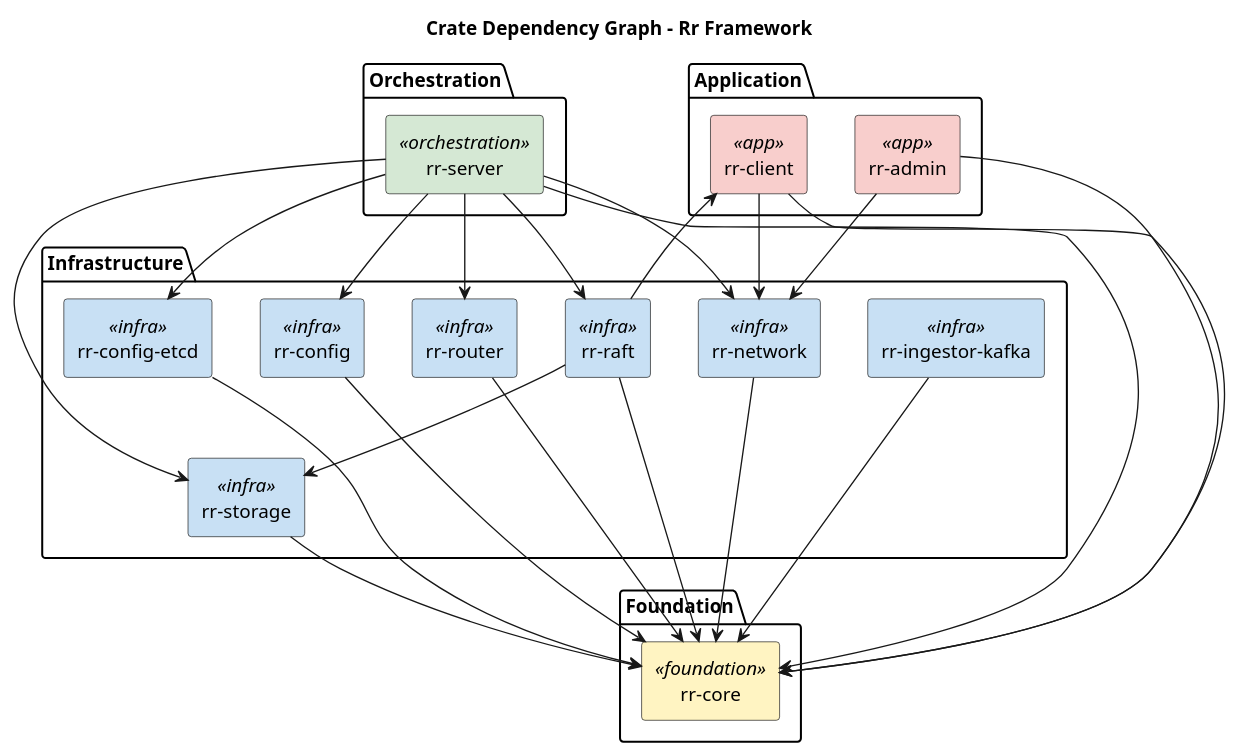
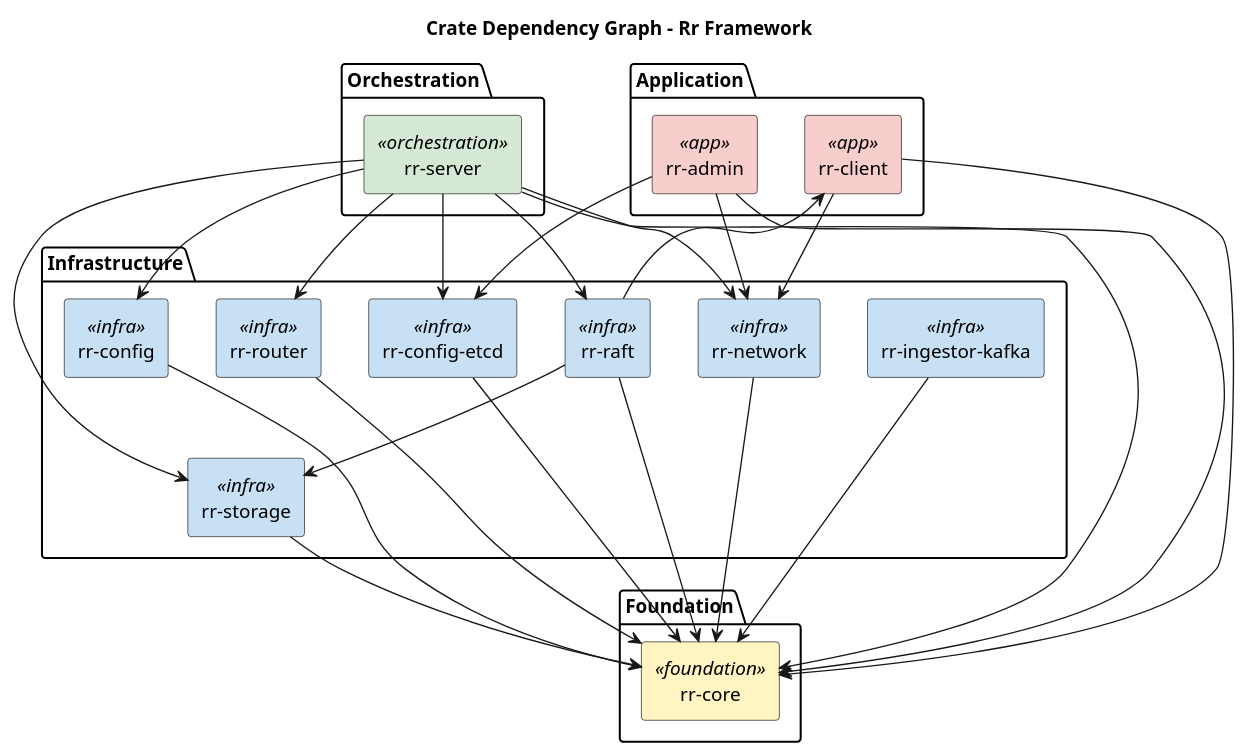
The diagram in docs/docs/architecture/crate-map.md (gardenias/rr), drawn with PlantUML before and after one commit. The commit also changed other lines of this file and 37 other files, not shown here.

Commit message:
docs: document cluster admin console architecture

````diff
--- a/docs/docs/architecture/crate-map.md
+++ b/docs/docs/architecture/crate-map.md
@@ -24,59 +24,60 @@
 ```plantuml
 @startuml
 title Crate Dependency Graph - Rr Framework
 
 skinparam componentStyle rectangle
 skinparam component {
   BackgroundColor<<foundation>> #FFF4C2
   BackgroundColor<<infra>> #C8E0F4
   BackgroundColor<<orchestration>> #D5E8D4
   BackgroundColor<<app>> #F8CECC
 }
 
 package "Foundation" {
   [rr-core] <<foundation>>
 }
 
 package "Infrastructure" {
   [rr-config] <<infra>>
   [rr-config-etcd] <<infra>>
   [rr-storage] <<infra>>
   [rr-raft] <<infra>>
   [rr-network] <<infra>>
   [rr-router] <<infra>>
   [rr-ingestor-kafka] <<infra>>
 }
 
 package "Orchestration" {
   [rr-server] <<orchestration>>
 }
 
 package "Application" {
   [rr-client] <<app>>
   [rr-admin] <<app>>
 }
 
 [rr-config] --> [rr-core]
 [rr-config-etcd] --> [rr-core]
 [rr-storage] --> [rr-core]
 [rr-raft] --> [rr-core]
 [rr-raft] --> [rr-storage]
 [rr-raft] --> [rr-client]
 [rr-network] --> [rr-core]
 [rr-router] --> [rr-core]
 [rr-ingestor-kafka] --> [rr-core]
 
 [rr-server] --> [rr-core]
 [rr-server] --> [rr-raft]
 [rr-server] --> [rr-network]
 [rr-server] --> [rr-router]
 [rr-server] --> [rr-config]
 [rr-server] --> [rr-config-etcd]
 [rr-server] --> [rr-storage]
 
 [rr-client] --> [rr-core]
 [rr-client] --> [rr-network]
 [rr-admin] --> [rr-core]
 [rr-admin] --> [rr-network]
+[rr-admin] --> [rr-config-etcd]
 @enduml
 ```
````
